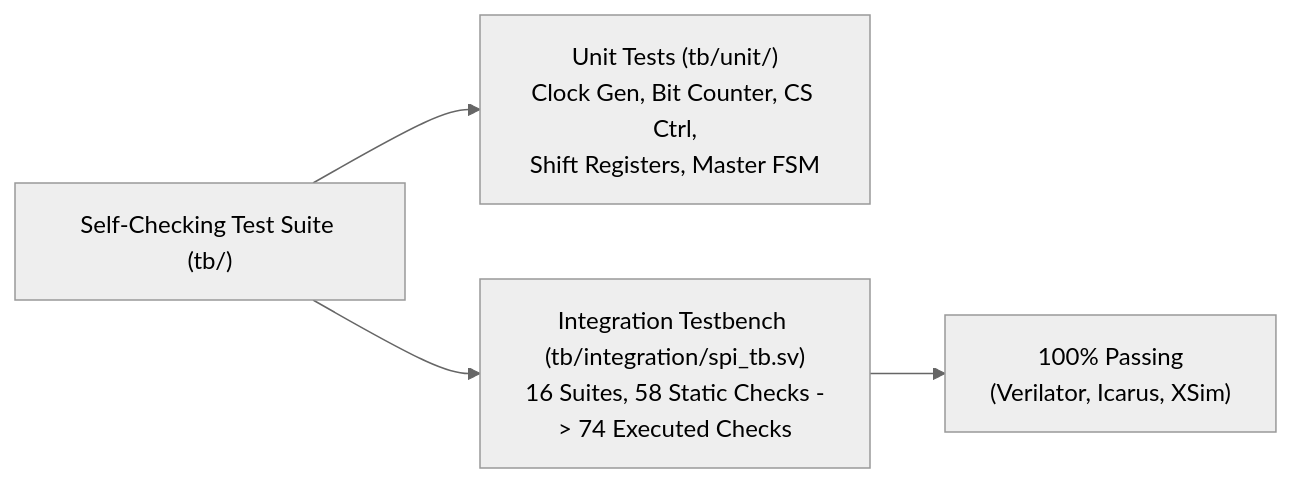
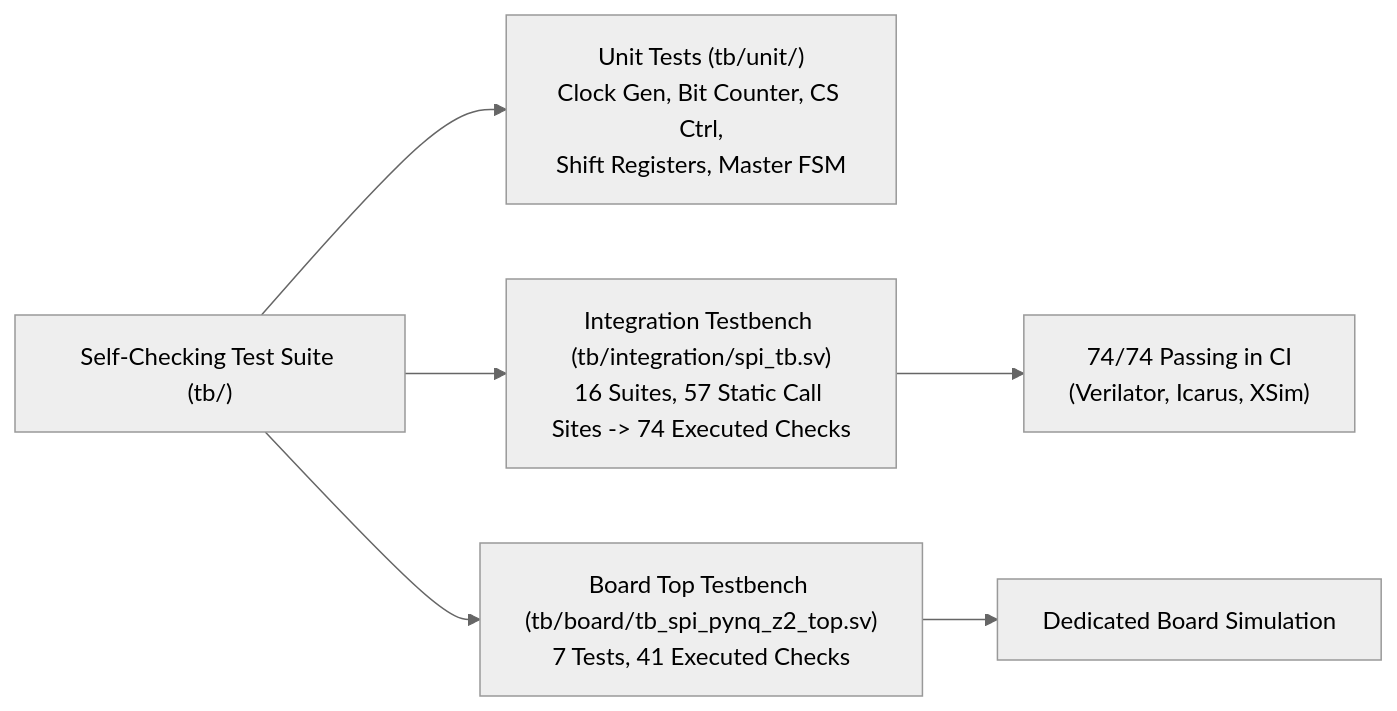
Before and after one commit to NAVADEEP2006-cmd/PARAMETERIZED-SPI-IP-CORE: the second of 2 diagrams in README.md, drawn with Mermaid (neutral theme). The commit also changed other lines of this file and 12 other files, not shown here.

Commit message:
fix: finalize PYNQ-Z2 documentation and board-level verification

````diff
--- a/README.md
+++ b/README.md
@@ -200,6 +204,8 @@
 ```mermaid
 flowchart LR
     TB["Self-Checking Test Suite (tb/)"] --> UT["Unit Tests (tb/unit/)\nClock Gen, Bit Counter, CS Ctrl,\nShift Registers, Master FSM"]
-    TB --> IT["Integration Testbench (tb/integration/spi_tb.sv)\n16 Suites, 58 Static Checks -> 74 Executed Checks"]
-    IT --> PASS["100% Passing\n(Verilator, Icarus, XSim)"]
+    TB --> IT["Integration Testbench (tb/integration/spi_tb.sv)\n16 Suites, 57 Static Call Sites -> 74 Executed Checks"]
+    TB --> BT["Board Top Testbench (tb/board/tb_spi_pynq_z2_top.sv)\n7 Tests, 41 Executed Checks"]
+    IT --> PASS["74/74 Passing in CI\n(Verilator, Icarus, XSim)"]
+    BT --> PASS2["Dedicated Board Simulation"]
 ```
````
